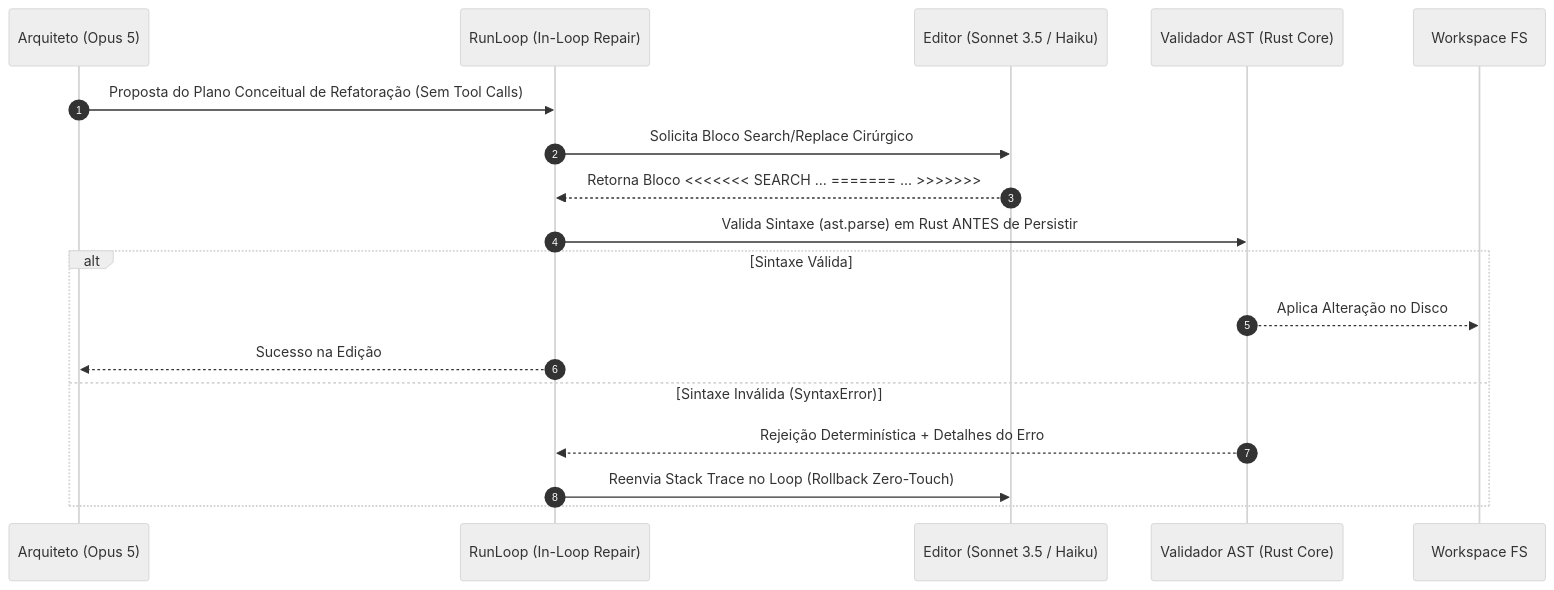
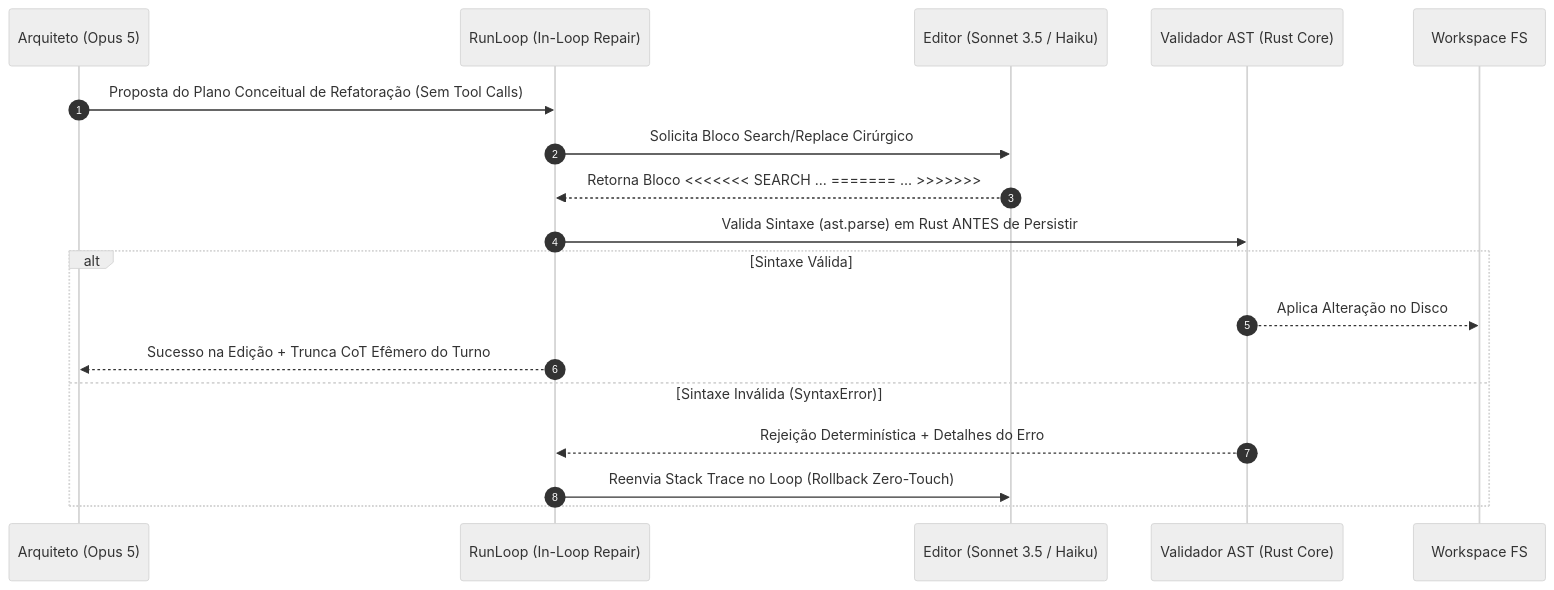
The first of 4 diagrams in docs/rationale/rewrite_b/rewrite_v300_decisoes_adr_B.md (brainopensource/Harness-D-power), drawn with Mermaid (neutral theme) before and after one commit. The commit also changed other lines of this file and 16 other files, not shown here.

````diff
--- a/docs/rationale/rewrite_b/rewrite_v300_decisoes_adr_B.md
+++ b/docs/rationale/rewrite_b/rewrite_v300_decisoes_adr_B.md
@@ -30,21 +30,21 @@
 ```mermaid
 sequenceDiagram
     autonumber
     participant LLM_Arch as Arquiteto (Opus 5)
     participant Agent as RunLoop (In-Loop Repair)
     participant LLM_Edit as Editor (Sonnet 3.5 / Haiku)
     participant AST as Validador AST (Rust Core)
     participant FS as Workspace FS
 
     LLM_Arch->>Agent: Proposta do Plano Conceitual de Refatoração (Sem Tool Calls)
     Agent->>LLM_Edit: Solicita Bloco Search/Replace Cirúrgico
     LLM_Edit-->>Agent: Retorna Bloco <<<<<<< SEARCH ... ======= ... >>>>>>>
     Agent->>AST: Valida Sintaxe (ast.parse) em Rust ANTES de Persistir
     alt Sintaxe Válida
         AST-->>FS: Aplica Alteração no Disco
-        Agent-->>LLM_Arch: Sucesso na Edição
+        Agent-->>LLM_Arch: Sucesso na Edição + Trunca CoT Efêmero do Turno
     else Sintaxe Inválida (SyntaxError)
         AST-->>Agent: Rejeição Determinística + Detalhes do Erro
         Agent->>LLM_Edit: Reenvia Stack Trace no Loop (Rollback Zero-Touch)
     end
 ```
````
